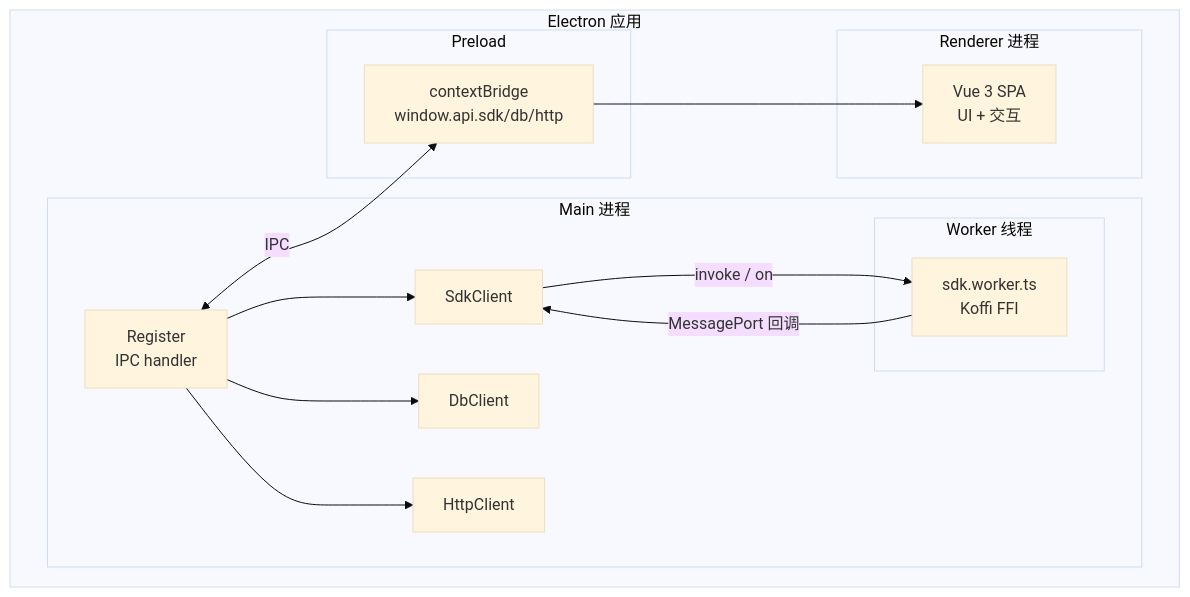
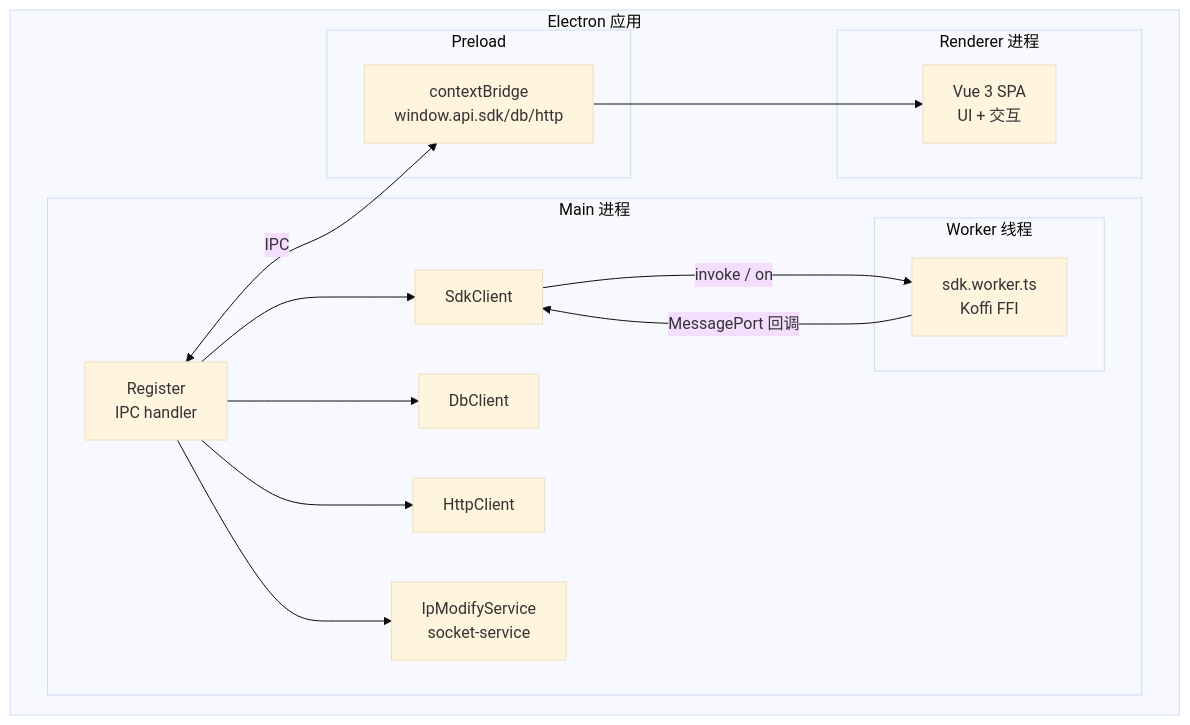
The first of 15 diagrams in docs/architecture-diagrams.md (lupnfer/vue_with_csdk), drawn with Mermaid (base theme) before and after one commit. The commit also changed other lines of this file and 1 other file, not shown here.

Commit message:
docs: add socket-service to README and architecture diagrams

````diff
--- a/docs/architecture-diagrams.md
+++ b/docs/architecture-diagrams.md
@@ -14,30 +14,32 @@
 ```mermaid
 graph TB
     subgraph "Electron 应用"
         subgraph "Main 进程"
             SDK[SdkClient]
             DB[DbClient]
             HTTP[HttpClient]
+            SOCK[IpModifyService<br/>socket-service]
             REG[Register<br/>IPC handler]
             subgraph "Worker 线程"
                 W[sdk.worker.ts<br/>Koffi FFI]
             end
         end
 
         subgraph "Preload"
             CB[contextBridge<br/>window.api.sdk/db/http]
         end
 
         subgraph "Renderer 进程"
             VUE[Vue 3 SPA<br/>UI + 交互]
         end
     end
 
     SDK -->|invoke / on| W
     W -->|MessagePort 回调| SDK
     REG --> SDK
     REG --> DB
     REG --> HTTP
+    REG --> SOCK
     REG <-->|IPC| CB
     CB --> VUE
 ```
````
